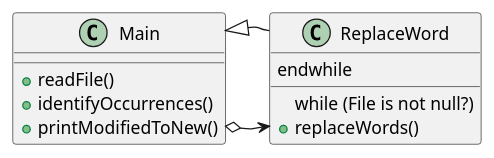
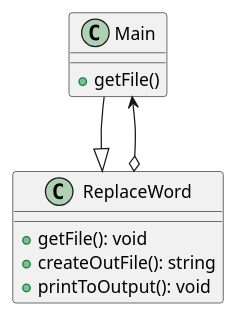
Before and after one commit to GabrielFernandez14/fernandez-cop3330-assignment3: the diagram in src/main/java/oop/assignment3/ex45/base/WordFinder.puml, drawn with PlantUML. The commit also changed 16 other files, not shown here.

```diff
--- a/src/main/java/oop/assignment3/ex45/base/WordFinder.puml
+++ b/src/main/java/oop/assignment3/ex45/base/WordFinder.puml
@@ -1,18 +1,16 @@
 @startuml
 'https://plantuml.com/class-diagram
 
 class Main {
-    + readFile()
-    + identifyOccurrences()
-    + printModifiedToNew()
+    + getFile()
 }
 
 class ReplaceWord {
-    while (File is not null?)
-        + replaceWords()
-    endwhile
+    + getFile(): void
+    + createOutFile(): string
+    + printToOutput(): void
 }
 
-Main o--> ReplaceWord
-Main <|- ReplaceWord
+Main --|> ReplaceWord
+Main <--o ReplaceWord
 @enduml
```
